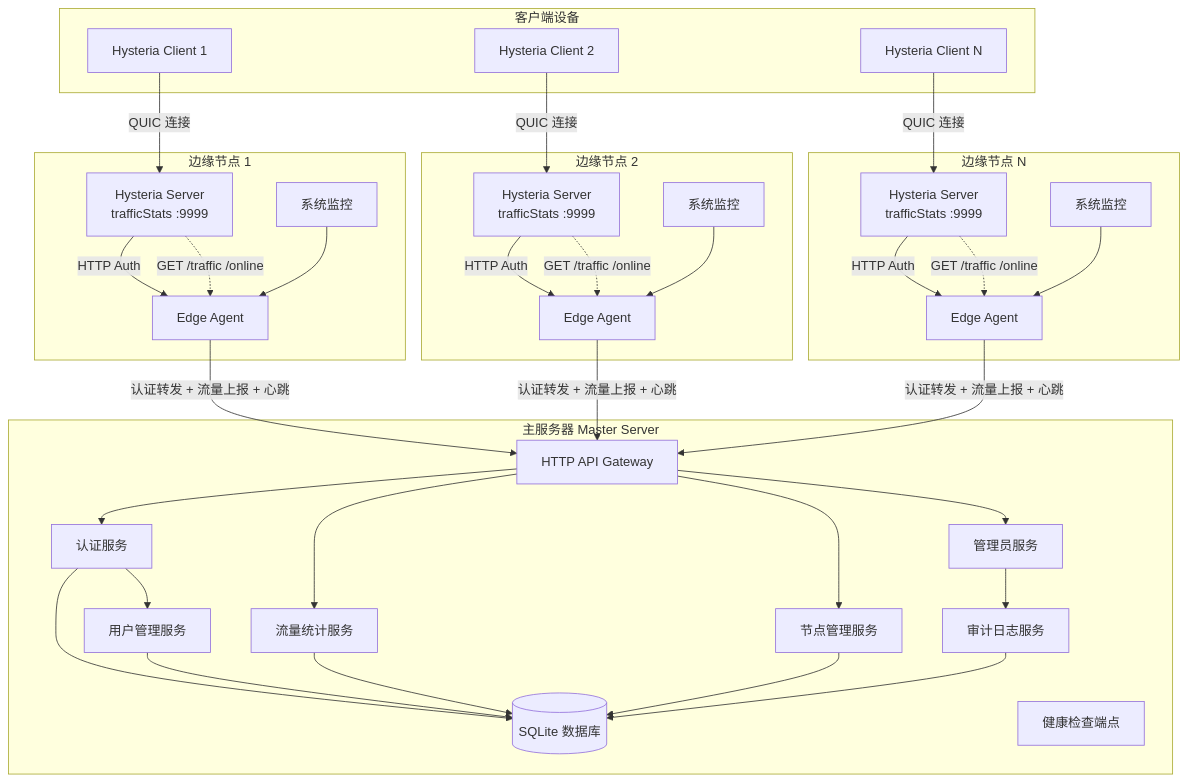
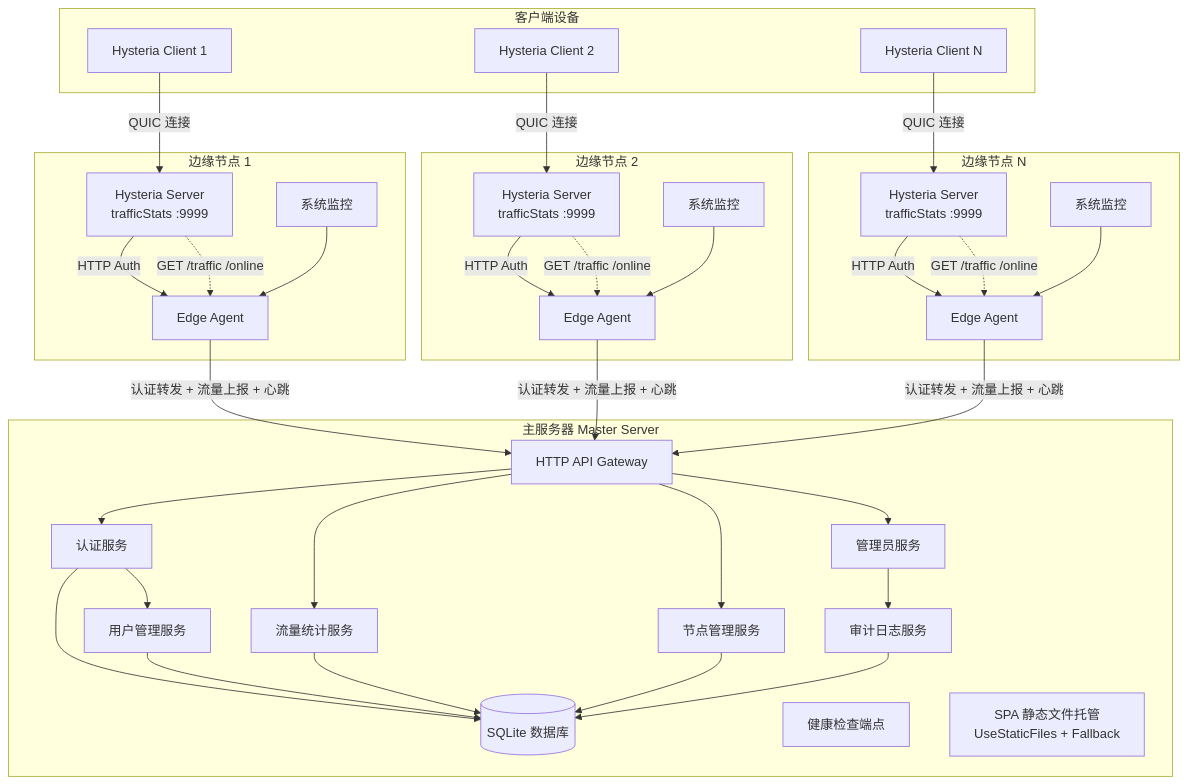
One commit to ShenHaiSu/hysteria-auth changed the first of 3 diagrams in document/architect/system-architecture.md. Above: the diagram before and after it, drawn with Mermaid. The commit also changed other lines of this file and 6 other files, not shown here.

````diff
--- a/document/architect/system-architecture.md
+++ b/document/architect/system-architecture.md
@@ -7,70 +7,71 @@
 ```mermaid
 graph TB
     subgraph Client[客户端设备]
         C1[Hysteria Client 1]
         C2[Hysteria Client 2]
         C3[Hysteria Client N]
     end
 
     subgraph Master[主服务器 Master Server]
         API[HTTP API Gateway]
         Auth[认证服务]
         UserMgr[用户管理服务]
         TrafficSvc[流量统计服务]
         DB[(SQLite 数据库)]
         NodeMgr[节点管理服务]
         AdminMgr[管理员服务]
         HealthEP[健康检查端点]
         AuditSvc[审计日志服务]
+        SPA[SPA 静态文件托管<br/>UseStaticFiles + Fallback]
     end
 
     subgraph Edge1[边缘节点 1]
         H1[Hysteria Server<br/>trafficStats :9999]
         Agent1[Edge Agent]
         Mon1[系统监控]
     end
 
     subgraph Edge2[边缘节点 2]
         H2[Hysteria Server<br/>trafficStats :9999]
         Agent2[Edge Agent]
         Mon2[系统监控]
     end
 
     subgraph EdgeN[边缘节点 N]
         HN[Hysteria Server<br/>trafficStats :9999]
         AgentN[Edge Agent]
         MonN[系统监控]
     end
 
     C1 -->|QUIC 连接| H1
     C2 -->|QUIC 连接| H2
     C3 -->|QUIC 连接| HN
 
     H1 -->|HTTP Auth| Agent1
     H2 -->|HTTP Auth| Agent2
     HN -->|HTTP Auth| AgentN
 
     Agent1 -->|认证转发 + 流量上报 + 心跳| API
     Agent2 -->|认证转发 + 流量上报 + 心跳| API
     AgentN -->|认证转发 + 流量上报 + 心跳| API
 
     API --> Auth
     API --> TrafficSvc
     API --> NodeMgr
     API --> AdminMgr
     Auth --> UserMgr
     Auth --> DB
     UserMgr --> DB
     TrafficSvc --> DB
     NodeMgr --> DB
     AdminMgr --> AuditSvc
     AuditSvc --> DB
 
     H1 -.->|GET /traffic /online| Agent1
     H2 -.->|GET /traffic /online| Agent2
     HN -.->|GET /traffic /online| AgentN
 
     Mon1 --> Agent1
     Mon2 --> Agent2
     MonN --> AgentN
 ```
````
